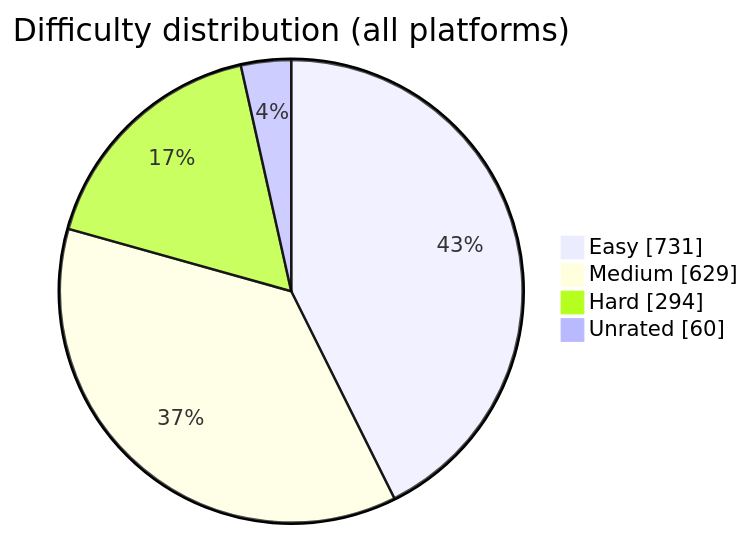
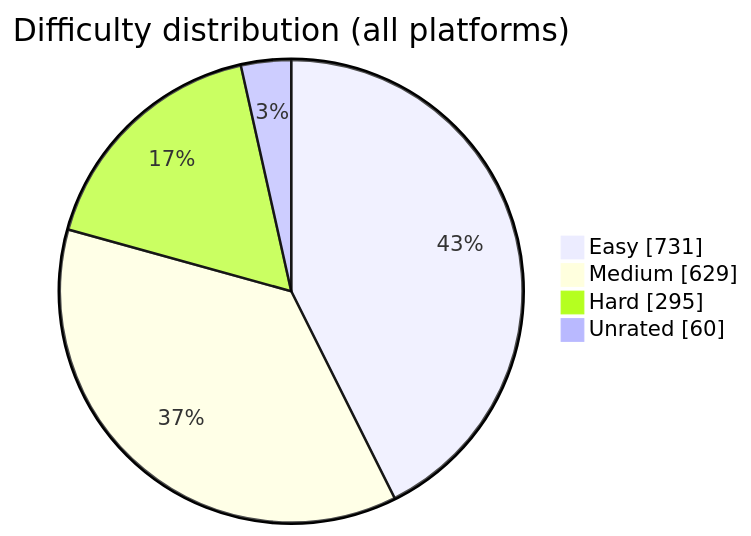
Before and after one commit to BuildbyArindam/Daily-Coding-Log: the diagram in README.md, drawn with Mermaid. The commit also changed other lines of this file, not shown here.

````diff
--- a/README.md
+++ b/README.md
@@ -93,7 +93,7 @@
 ```mermaid
 pie showData title Difficulty distribution (all platforms)
     "Easy" : 731
     "Medium" : 629
-    "Hard" : 294
+    "Hard" : 295
     "Unrated" : 60
 ```
````
